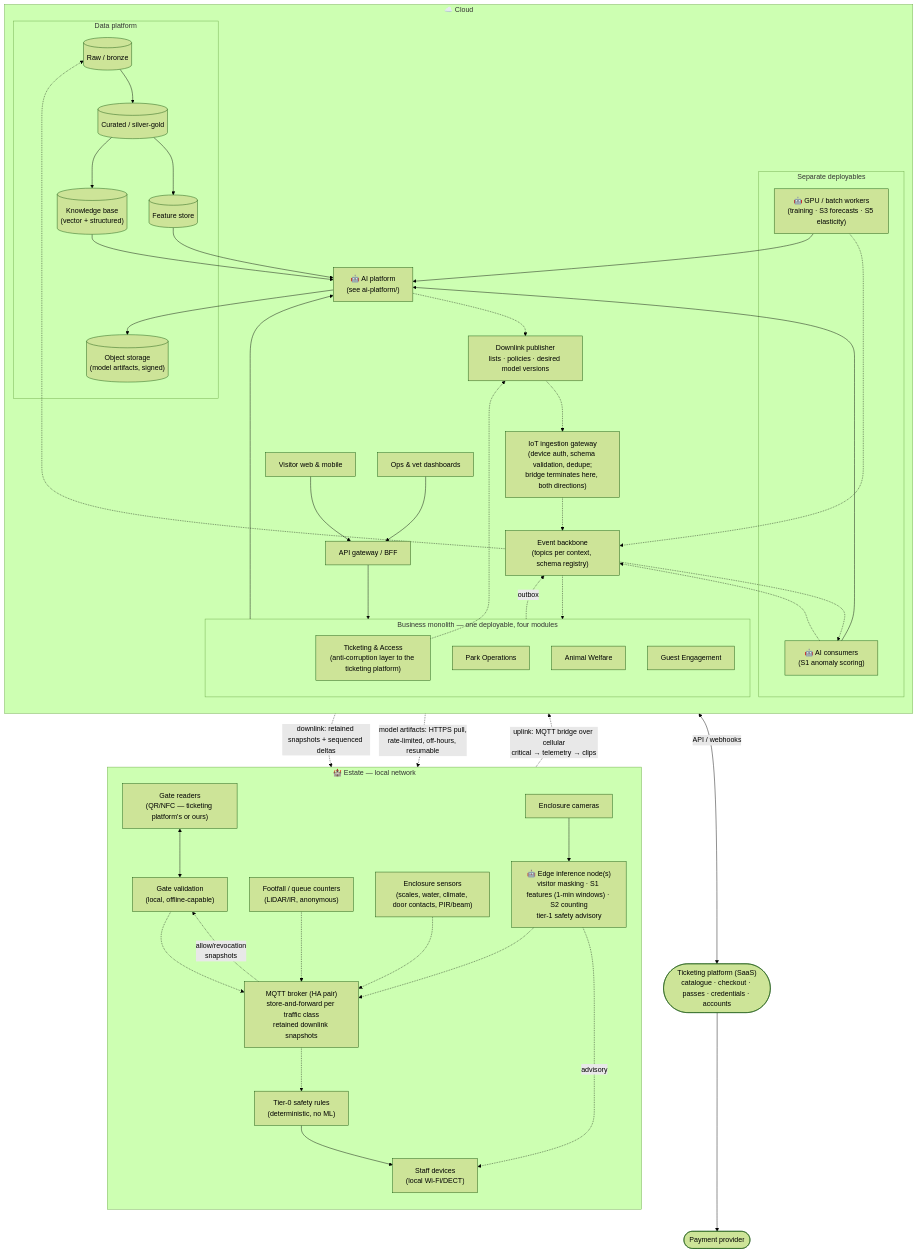
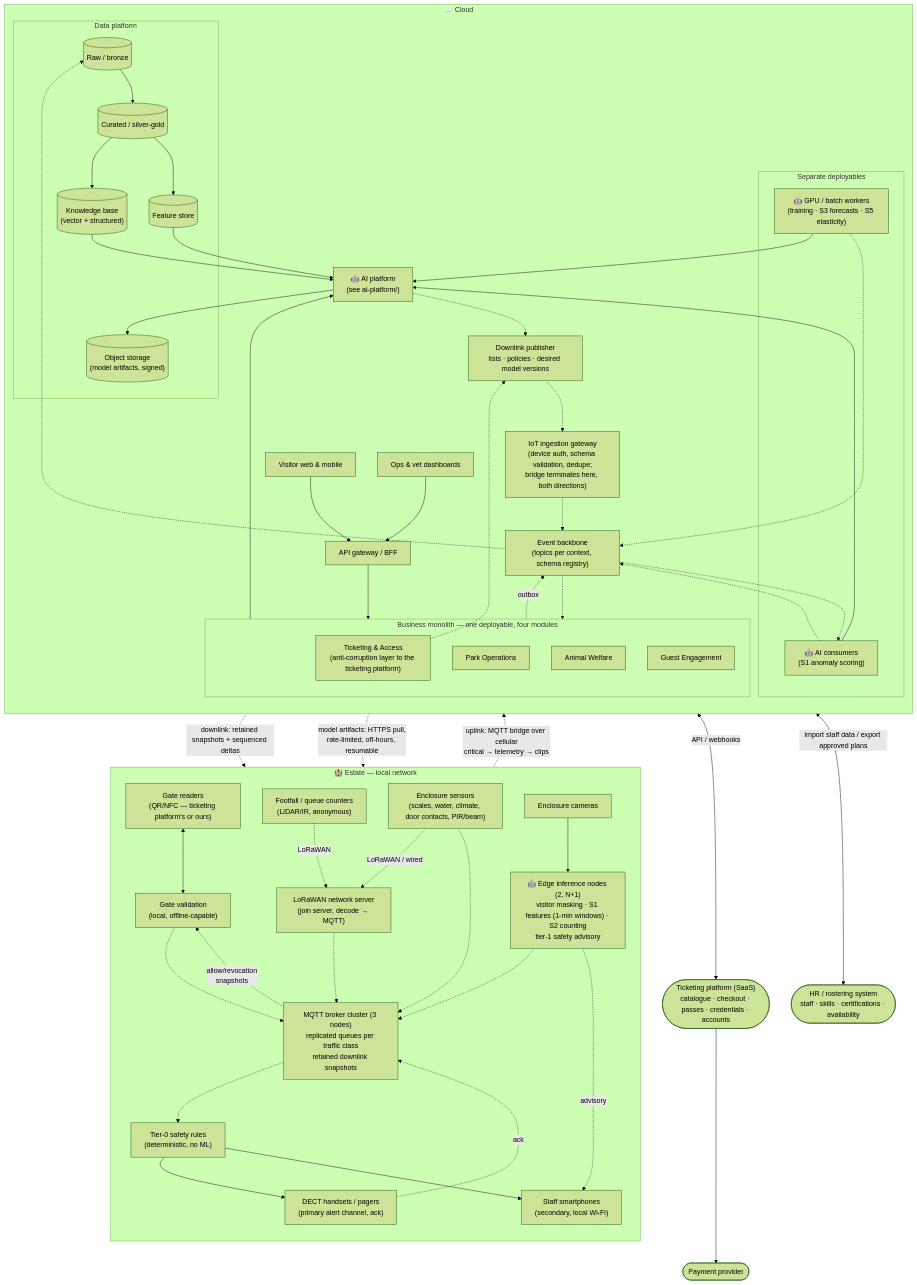
The diagram in hld/core/README.md (kr0k/katas), drawn with Mermaid (forest theme) before and after one commit. The commit also changed other lines of this file and 27 other files, not shown here.

First line of the commit message:
docs: implement P2 eng-review tasks + lint script (broker cluster, safety-to-human, thresholds table, TCO, invariants, HR/ticketing externals)

```diff
--- a/hld/core/README.md
+++ b/hld/core/README.md
@@ -20,21 +20,27 @@
         Counters["Footfall / queue counters<br/>(LiDAR/IR, anonymous)"]
         Encl["Enclosure sensors<br/>(scales, water, climate, door contacts, PIR/beam)"]
         Cams["Enclosure cameras"]
-        EdgeAI["🤖 Edge inference node(s)<br/>visitor masking · S1 features (1-min windows) · S2 counting<br/>tier-1 safety advisory"]
-        Broker["MQTT broker (HA pair)<br/>store-and-forward per traffic class<br/>retained downlink snapshots"]
+        EdgeAI["🤖 Edge inference nodes (2, N+1)<br/>visitor masking · S1 features (1-min windows) · S2 counting<br/>tier-1 safety advisory"]
+        LNS["LoRaWAN network server<br/>(join server, decode → MQTT)"]
+        Broker["MQTT broker cluster (3 nodes)<br/>replicated queues per traffic class<br/>retained downlink snapshots"]
         GateSvc["Gate validation<br/>(local, offline-capable)"]
         Rules["Tier-0 safety rules<br/>(deterministic, no ML)"]
-        StaffDev["Staff devices<br/>(local Wi-Fi/DECT)"]
+        Pager["DECT handsets / pagers<br/>(primary alert channel, ack)"]
+        StaffDev["Staff smartphones<br/>(secondary, local Wi-Fi)"]
 
         GateDev <--> GateSvc
         GateSvc -.-> Broker
         Broker -. "allow/revocation<br/>snapshots" .-> GateSvc
-        Counters -.-> Broker
+        Counters -. "LoRaWAN" .-> LNS
+        Encl -. "LoRaWAN / wired" .-> LNS
         Encl -.-> Broker
+        LNS -.-> Broker
         Cams --> EdgeAI
         EdgeAI -.-> Broker
         Broker -.-> Rules
+        Rules --> Pager
         Rules --> StaffDev
+        Pager -. "ack" .-> Broker
         EdgeAI -. "advisory" .-> StaffDev
     end
 
@@ -94,6 +100,8 @@
 
     TixSaaS(["Ticketing platform (SaaS)<br/>catalogue · checkout · passes · credentials · accounts"])
     Pay(["Payment provider"])
+    HR(["HR / rostering system<br/>staff · skills · certifications · availability"])
+    Ops <-- "import staff data / export approved plans" --> HR
 
     Broker -. "uplink: MQTT bridge over cellular<br/>critical → telemetry → clips" .-> Ingest
     Ingest -. "downlink: retained snapshots + sequenced deltas" .-> Broker
```
